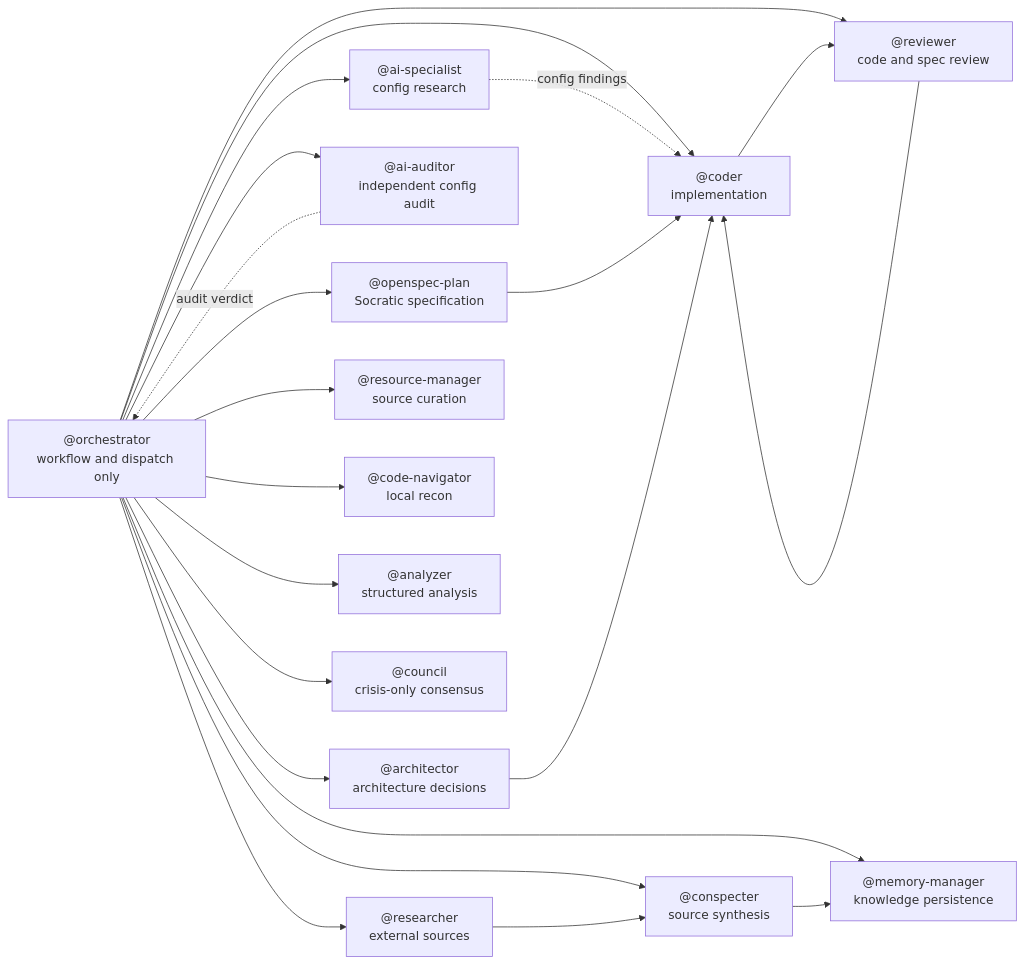
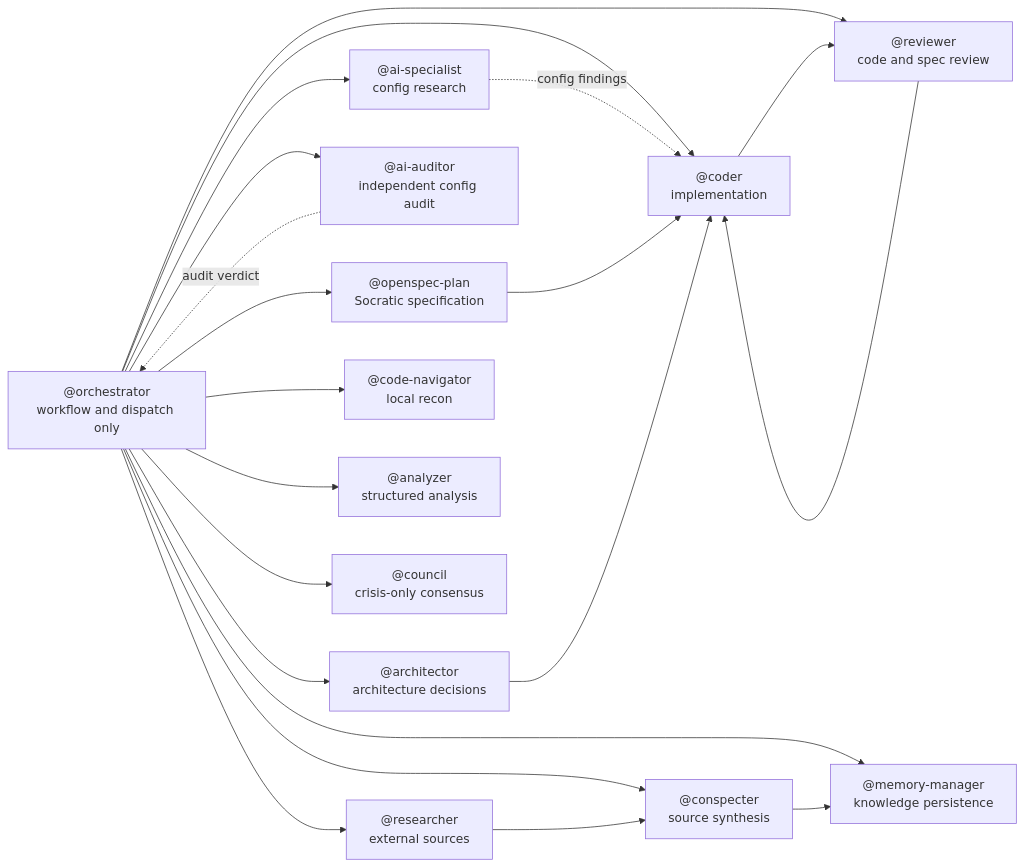
The fifth of 5 diagrams in docs/dev-infra-audit/opencode-infrastructure.md (Tilitronic/poetry-platform), drawn with Mermaid before and after one commit. The commit also changed 24 other files, not shown here.

First line of the commit message:
feat(opencode): retire resource-manager, merge curation into researcher (DIA-260929-3ydp)

````diff
--- a/docs/dev-infra-audit/opencode-infrastructure.md
+++ b/docs/dev-infra-audit/opencode-infrastructure.md
@@ -274,42 +274,40 @@
 ```mermaid
 flowchart LR
   Orch["@orchestrator\nworkflow and dispatch only"]
   Plan["@openspec-plan\nSocratic specification"]
   Arch["@architector\narchitecture decisions"]
   Code["@coder\nimplementation"]
   Review["@reviewer\ncode and spec review"]
 
   AIS["@ai-specialist\nconfig research"]
   AIA["@ai-auditor\nindependent config audit"]
   Research["@researcher\nexternal sources"]
   Conspect["@conspecter\nsource synthesis"]
   Memory["@memory-manager\nknowledge persistence"]
 
-  Resource["@resource-manager\nsource curation"]
   Nav["@code-navigator\nlocal recon"]
   Analyzer["@analyzer\nstructured analysis"]
   Council["@council\ncrisis-only consensus"]
 
   Orch --> Plan
   Orch --> Arch
   Orch --> Code
   Orch --> Review
   Orch --> AIS
   Orch --> AIA
   Orch --> Research
   Orch --> Conspect
   Orch --> Memory
-  Orch --> Resource
   Orch --> Nav
   Orch --> Analyzer
   Orch --> Council
 
   AIS -.config findings.-> Code
   AIA -.audit verdict.-> Orch
   Research --> Conspect
   Conspect --> Memory
   Plan --> Code
   Arch --> Code
   Code --> Review
   Review --> Code
 ```
````
